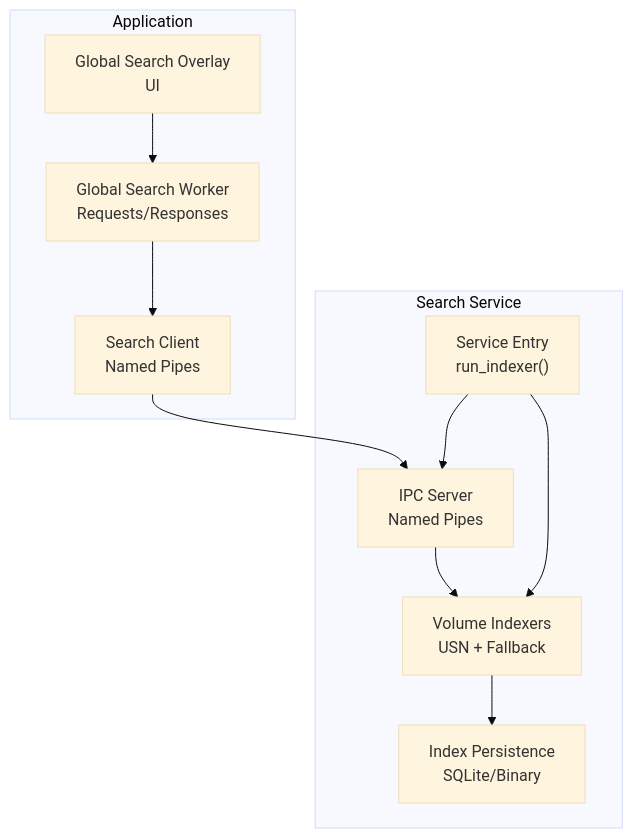
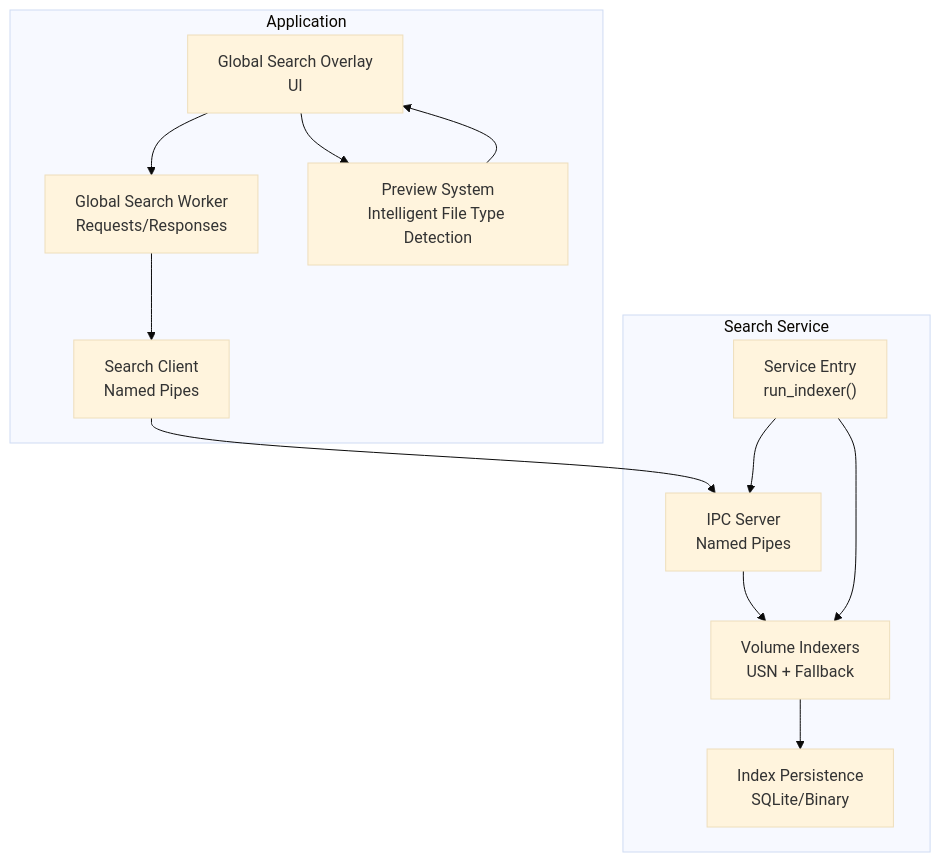
Before and after one commit to MTTamurex/MTT-File-Manager-RUST: the first of 8 diagrams in .qoder/repowiki/en/content/Core Features/Global Search.md, drawn with Mermaid (base theme). The commit also changed other lines of this file and 1 other file, not shown here.

First line of the commit message:
docs(global_search): add preview functionality documentation and integration details

````diff
--- a/.qoder/repowiki/en/content/Core Features/Global Search.md
+++ b/.qoder/repowiki/en/content/Core Features/Global Search.md
@@ -42,21 +57,24 @@
 ```mermaid
 graph TB
 subgraph "Application"
 A_UI["Global Search Overlay<br/>UI"]
 A_Worker["Global Search Worker<br/>Requests/Responses"]
 A_Client["Search Client<br/>Named Pipes"]
+A_Preview["Preview System<br/>Intelligent File Type Detection"]
 end
 subgraph "Search Service"
 S_Main["Service Entry<br/>run_indexer()"]
 S_Index["Volume Indexers<br/>USN + Fallback"]
 S_DB["Index Persistence<br/>SQLite/Binary"]
 S_IPC["IPC Server<br/>Named Pipes"]
 end
 A_UI --> A_Worker
 A_Worker --> A_Client
 A_Client --> S_IPC
 S_IPC --> S_Index
 S_Index --> S_DB
 S_Main --> S_Index
 S_Main --> S_IPC
+A_UI --> A_Preview
+A_Preview --> A_UI
 ```
````
